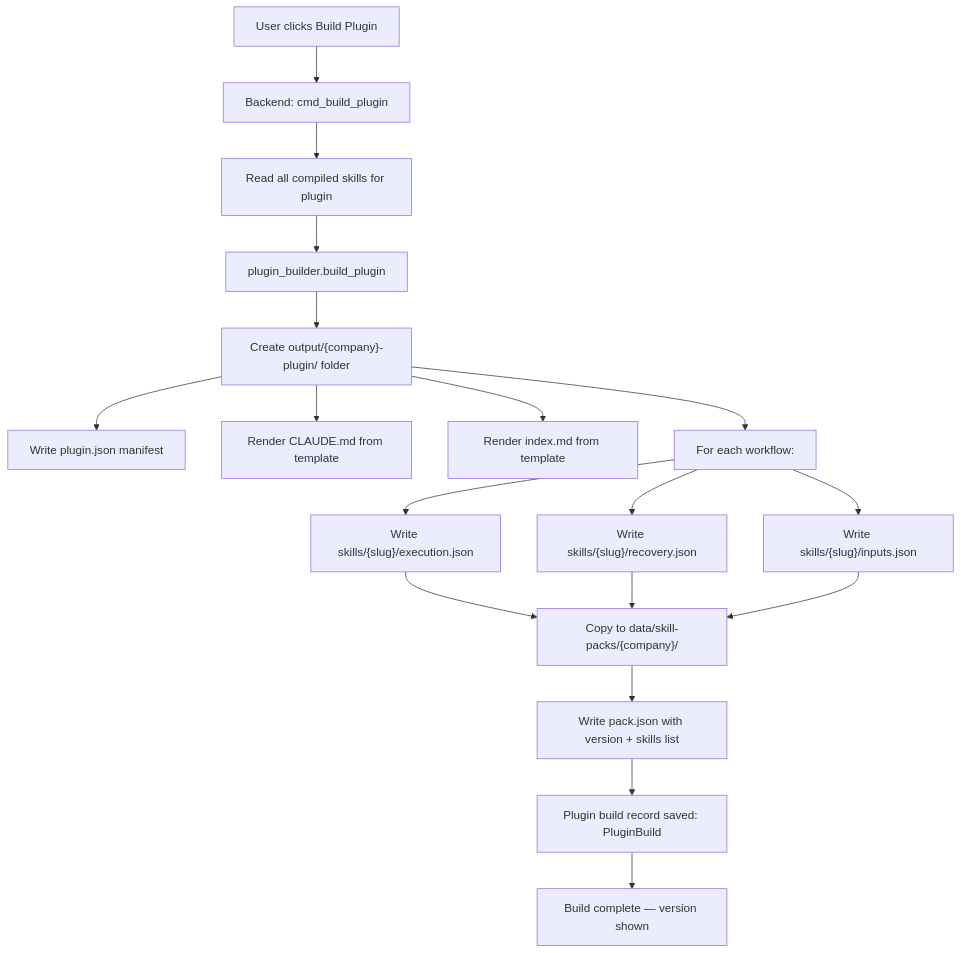
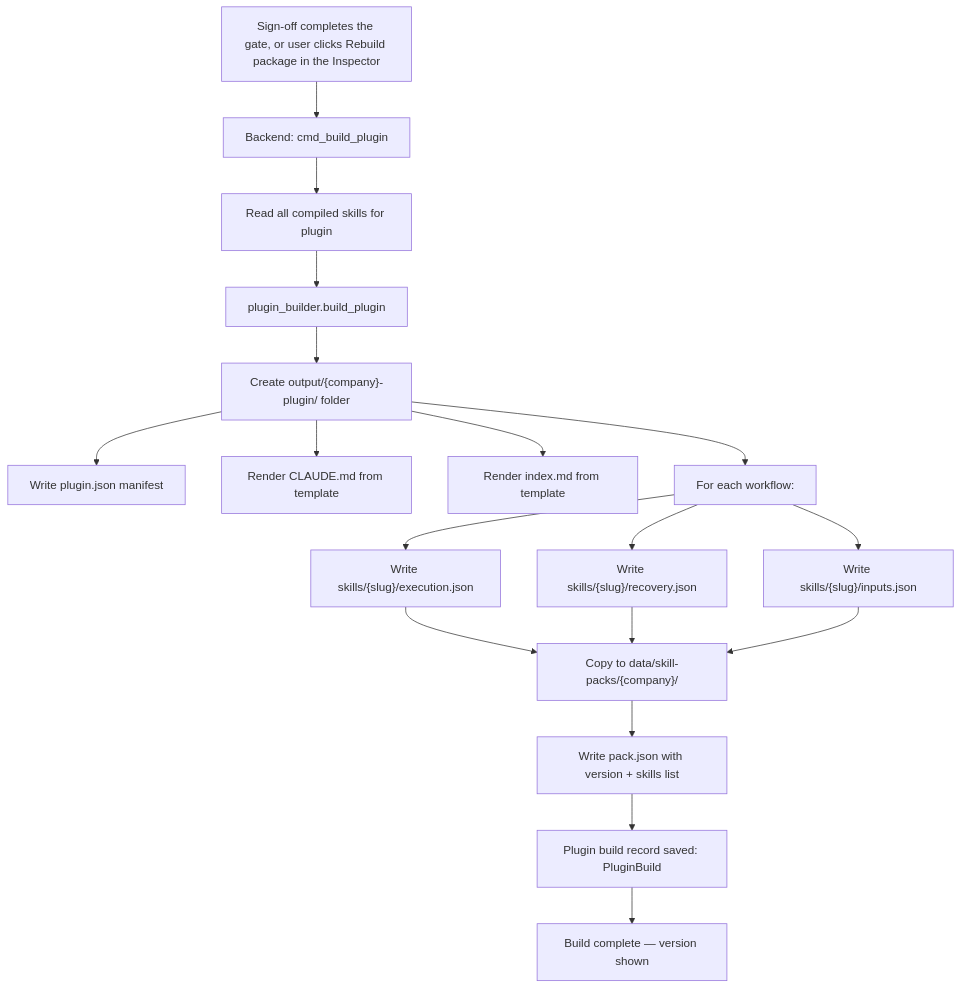
Before and after one commit to Cannonbold2412/CONXA: the eighth of 17 diagrams in docs/App-Flow.md, drawn with Mermaid. The commit also changed other lines of this file and 5 other files, not shown here.

````diff
--- a/docs/App-Flow.md
+++ b/docs/App-Flow.md
@@ -232,18 +240,18 @@
 ```mermaid
 flowchart TD
-    A[User clicks Build Plugin] --> B[Backend: cmd_build_plugin]
+    A[Sign-off completes the gate, or user clicks Rebuild package in the Inspector] --> B[Backend: cmd_build_plugin]
     B --> C[Read all compiled skills for plugin]
     C --> D[plugin_builder.build_plugin]
     D --> E["Create output/{company}-plugin/ folder"]
     E --> F[Write plugin.json manifest]
     E --> G[Render CLAUDE.md from template]
     E --> H[Render index.md from template]
     E --> I[For each workflow:]
     I --> J["Write skills/{slug}/execution.json"]
     I --> K["Write skills/{slug}/recovery.json"]
     I --> L["Write skills/{slug}/inputs.json"]
     J & K & L --> M["Copy to data/skill-packs/{company}/"]
     M --> N[Write pack.json with version + skills list]
     N --> O[Plugin build record saved: PluginBuild]
     O --> P[Build complete — version shown]
 ```
````
